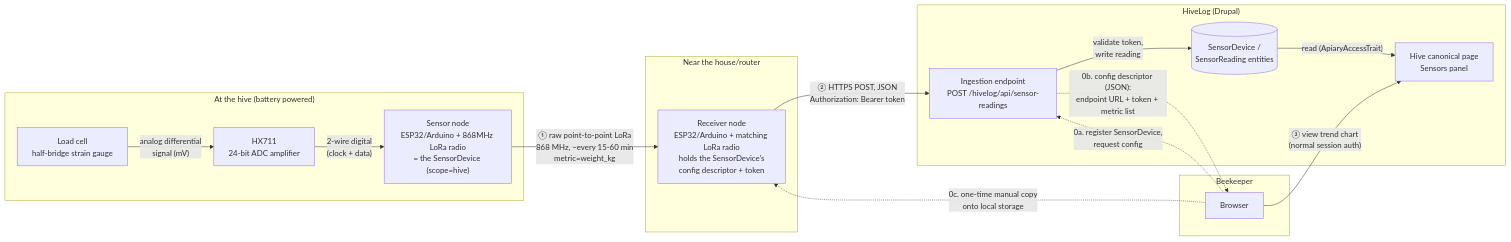
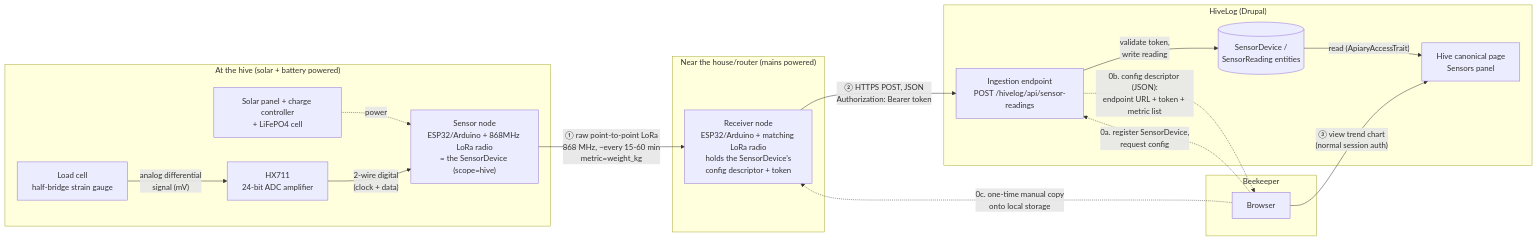
One commit to deburca/hivelog changed the diagram in docs/project-management/projects/sensor-data-collection.md. Above: the diagram before and after it, drawn with Mermaid. The commit also changed other lines of this file and 3 other files, not shown here.

````diff
--- a/docs/project-management/projects/sensor-data-collection.md
+++ b/docs/project-management/projects/sensor-data-collection.md
@@ -91,35 +95,37 @@
 ```mermaid
 flowchart LR
-    subgraph HIVE["At the hive (battery powered)"]
+    subgraph HIVE["At the hive (solar + battery powered)"]
+        SOLAR["Solar panel + charge controller<br/>+ LiFePO4 cell"]
         LC["Load cell<br/>half-bridge strain gauge"]
         HX["HX711<br/>24-bit ADC amplifier"]
         SN["Sensor node<br/>ESP32/Arduino + 868MHz LoRa radio<br/>= the SensorDevice (scope=hive)"]
+        SOLAR -.->|"power"| SN
         LC -->|"analog differential<br/>signal (mV)"| HX
         HX -->|"2-wire digital<br/>(clock + data)"| SN
     end
 
-    subgraph HOUSE["Near the house/router"]
+    subgraph HOUSE["Near the house/router (mains powered)"]
         RX["Receiver node<br/>ESP32/Arduino + matching LoRa radio<br/>holds the SensorDevice's<br/>config descriptor + token"]
     end
 
     SN -->|"① raw point-to-point LoRa<br/>868 MHz, ~every 15-60 min<br/>metric=weight_kg"| RX
 
     subgraph HIVELOG["HiveLog (Drupal)"]
         API["Ingestion endpoint<br/>POST /hivelog/api/sensor-readings"]
         DB[("SensorDevice /<br/>SensorReading entities")]
         UI["Hive canonical page<br/>Sensors panel"]
         API -->|"validate token,<br/>write reading"| DB
         DB -->|"read (ApiaryAccessTrait)"| UI
     end
 
     RX -->|"② HTTPS POST, JSON<br/>Authorization: Bearer token"| API
 
     subgraph BEEKEEPER["Beekeeper"]
         BR["Browser"]
     end
 
     BR -.->|"0a. register SensorDevice,<br/>request config"| API
     API -.->|"0b. config descriptor (JSON):<br/>endpoint URL + token + metric list"| BR
     BR -.->|"0c. one-time manual copy<br/>onto local storage"| RX
     BR -->|"③ view trend chart<br/>(normal session auth)"| UI
 ```
````
